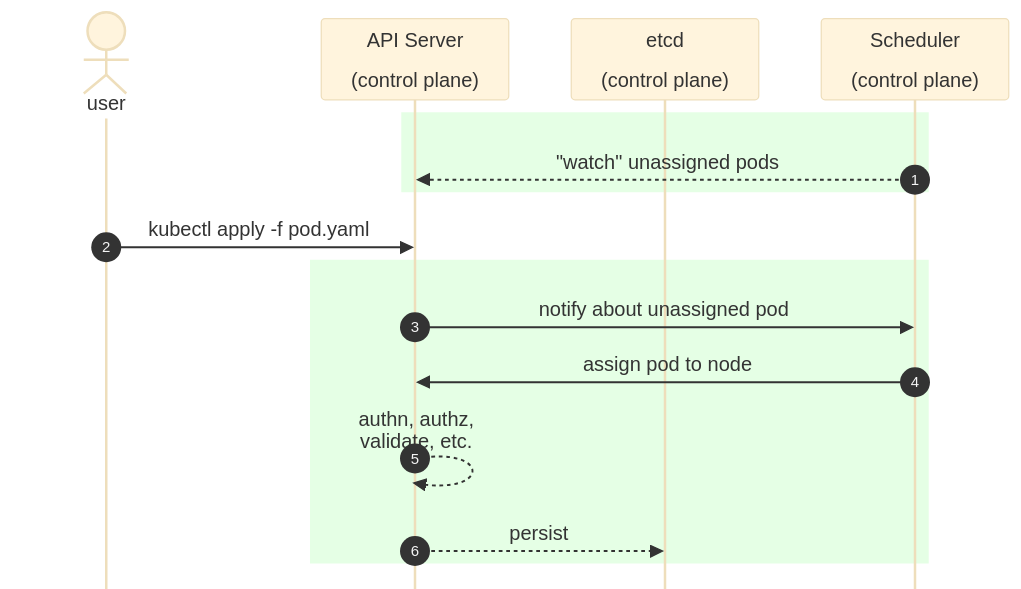
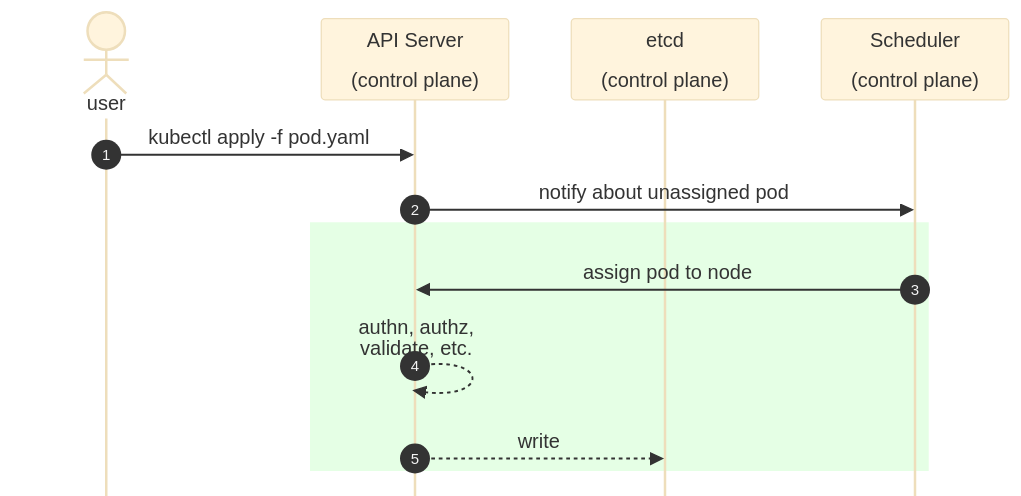
One commit to ndrpnt/slides changed the eighth of 13 diagrams in tlak/slides.md. Above: the diagram before and after it, drawn with Mermaid (base theme). The commit also changed other lines of this file, not shown here.

````diff
--- a/tlak/slides.md
+++ b/tlak/slides.md
@@ -531,19 +579,16 @@
-```mermaid  {scale: 0.66}
+```mermaid {scale: 0.66}
 %%{init:{"mirrorActors": false, "showSequenceNumbers": true}}%%
 sequenceDiagram
     actor user
     participant api as API Server<br><br>(control plane)
     participant etcd as etcd<br><br>(control plane)
     participant scheduler as Scheduler<br><br>(control plane)
 
+    user->>api: kubectl apply -f pod.yaml
+    api->>scheduler: notify about unassigned pod
     rect rgba(0, 255, 0, .1)
-      scheduler-->>api: "watch" unassigned pods
-    end
-    user->>api: kubectl apply -f pod.yaml
-    rect rgba(0, 255, 0, .1)
-      api->>scheduler: notify about unassigned pod
       scheduler->>api: assign pod to node
       api-->>api: authn, authz,<br>validate, etc.
-      api-->>etcd: persist
+      api-->>etcd: write
     end
 ```
````
